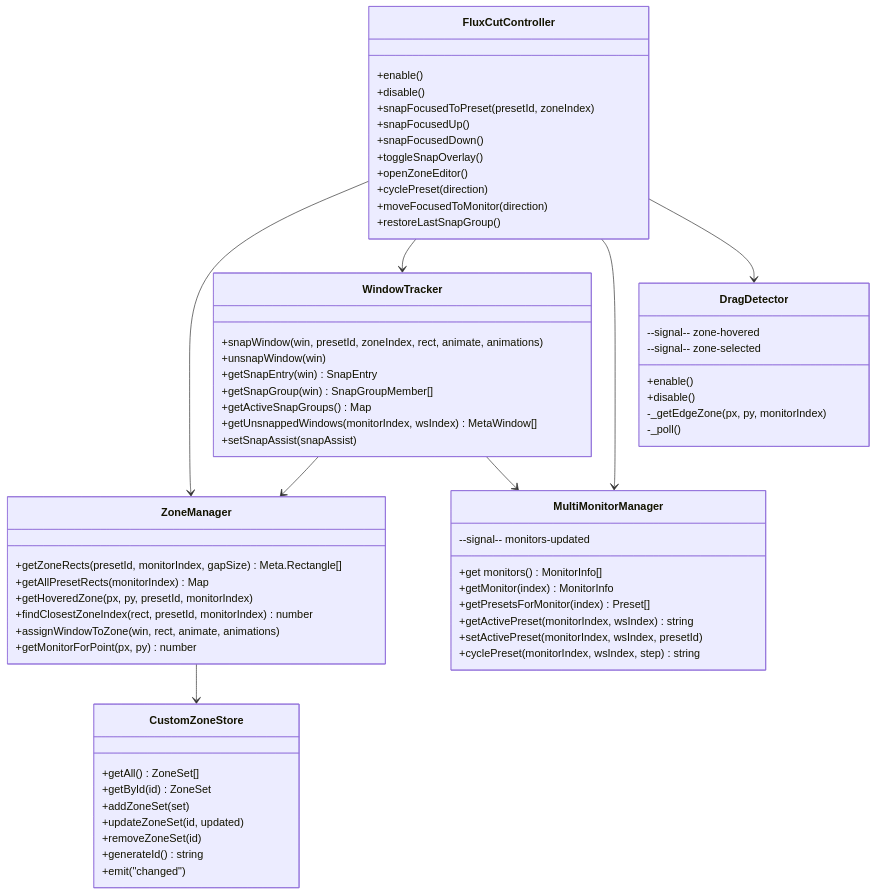
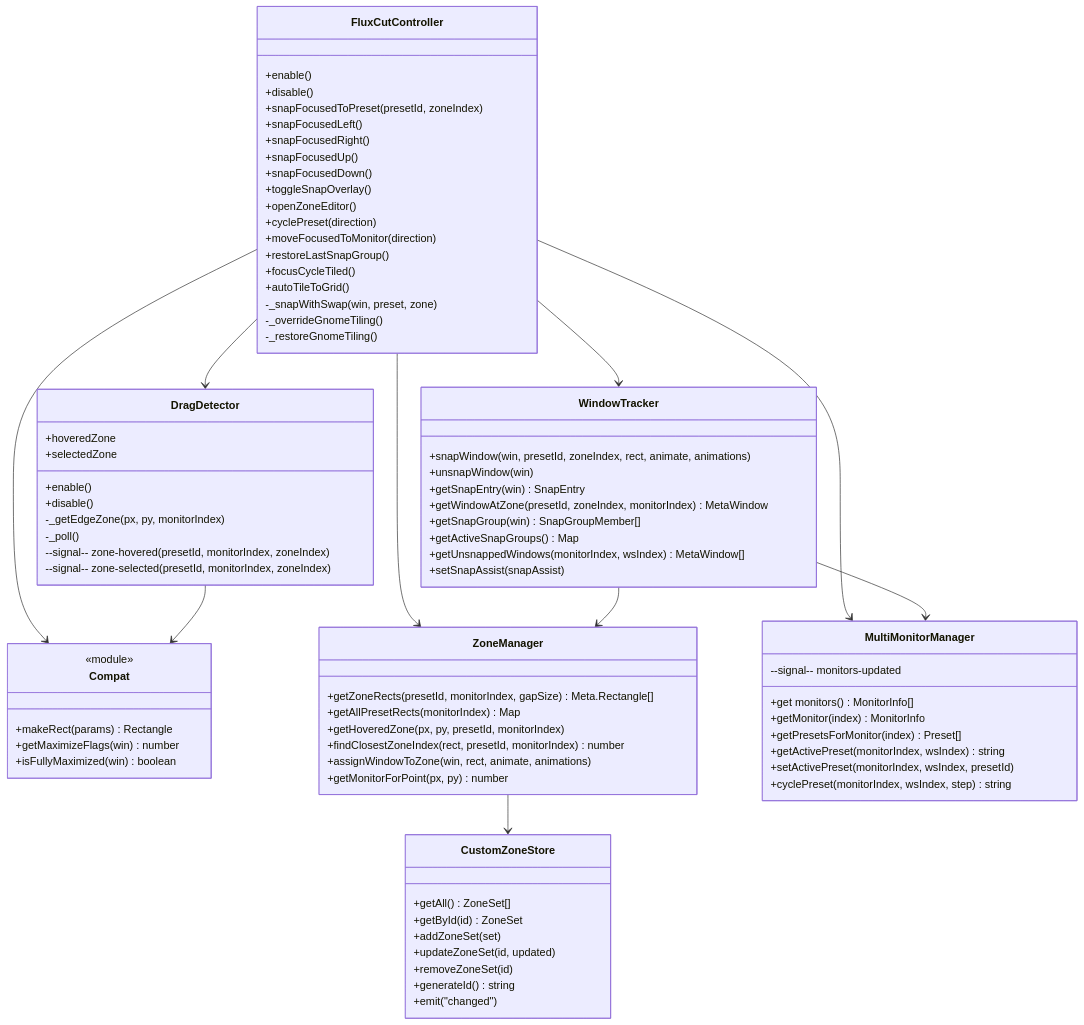
One commit to IvoBrandao/fluxcut changed diagram 13 of 15 in docs/arch.md. Above: the diagram before and after it, drawn with Mermaid. The commit also changed other lines of this file and 10 other files, not shown here.

First line of the commit message:
feat: Rename extension to "Window Tiling Control" and update related documentation

````diff
--- a/docs/arch.md
+++ b/docs/arch.md
@@ -411,6 +494,8 @@
         +enable()
         +disable()
         +snapFocusedToPreset(presetId, zoneIndex)
+        +snapFocusedLeft()
+        +snapFocusedRight()
         +snapFocusedUp()
         +snapFocusedDown()
         +toggleSnapOverlay()
@@ -418,6 +503,18 @@
         +cyclePreset(direction)
         +moveFocusedToMonitor(direction)
         +restoreLastSnapGroup()
+        +focusCycleTiled()
+        +autoTileToGrid()
+        -_snapWithSwap(win, preset, zone)
+        -_overrideGnomeTiling()
+        -_restoreGnomeTiling()
+    }
+
+    class Compat {
+        <<module>>
+        +makeRect(params) Rectangle
+        +getMaximizeFlags(win) number
+        +isFullyMaximized(win) boolean
     }
 
     class ZoneManager {
@@ -442,16 +539,19 @@
     class DragDetector {
         +enable()
         +disable()
+        +hoveredZone
+        +selectedZone
         -_getEdgeZone(px, py, monitorIndex)
         -_poll()
-        --signal-- zone-hovered
-        --signal-- zone-selected
+        --signal-- zone-hovered(presetId, monitorIndex, zoneIndex)
+        --signal-- zone-selected(presetId, monitorIndex, zoneIndex)
     }
 
     class WindowTracker {
         +snapWindow(win, presetId, zoneIndex, rect, animate, animations)
         +unsnapWindow(win)
         +getSnapEntry(win) SnapEntry
+        +getWindowAtZone(presetId, zoneIndex, monitorIndex) MetaWindow
         +getSnapGroup(win) SnapGroupMember[]
         +getActiveSnapGroups() Map
         +getUnsnappedWindows(monitorIndex, wsIndex) MetaWindow[]
@@ -468,6 +568,7 @@
         --signal-- monitors-updated
     }
 
+    FluxCutController --> Compat
     FluxCutController --> ZoneManager
     FluxCutController --> WindowTracker
     FluxCutController --> MultiMonitorManager
@@ -475,4 +576,5 @@
     ZoneManager --> CustomZoneStore
     WindowTracker --> ZoneManager
     WindowTracker --> MultiMonitorManager
+    DragDetector --> Compat
 ```
````
